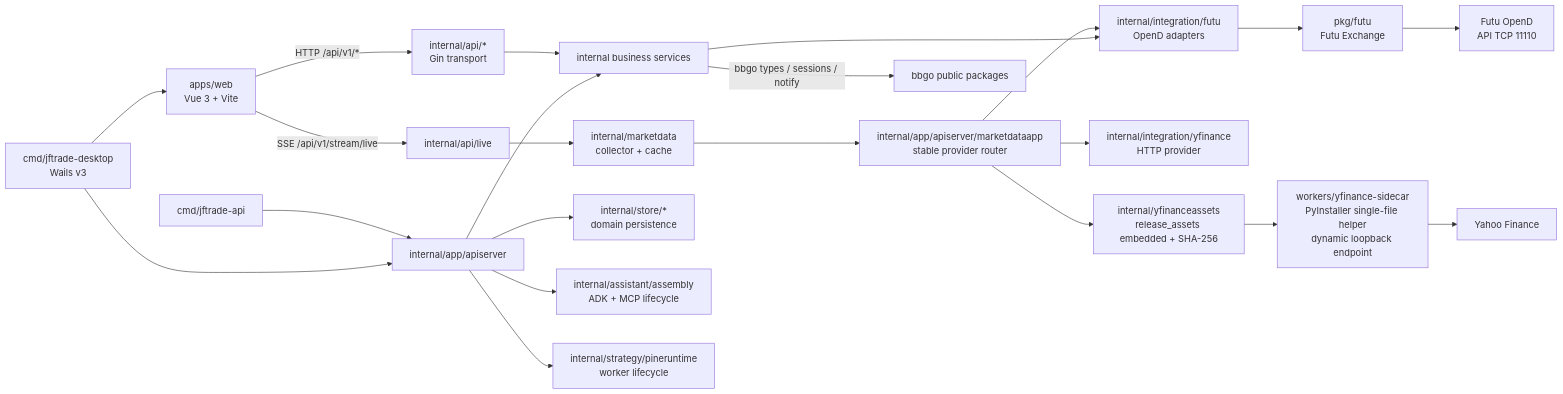
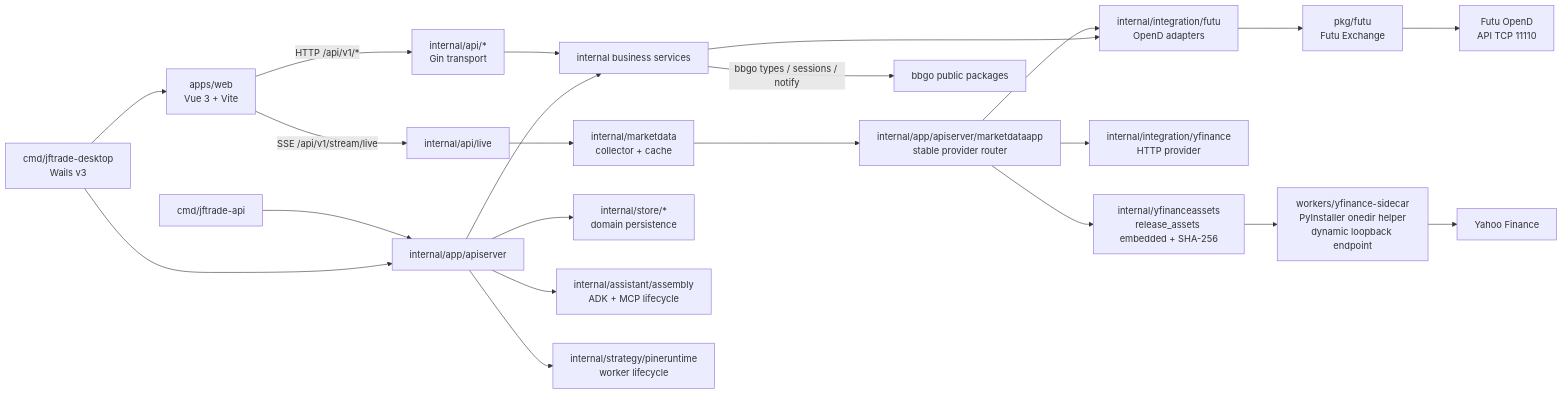
One commit to Dennishaha/JFTrade changed the diagram in docs/architecture.md. Above: the diagram before and after it, drawn with Mermaid. The commit also changed other lines of this file and 23 other files, not shown here.

Commit message:
perf: package yfinance sidecar as onedir

````diff
--- a/docs/architecture.md
+++ b/docs/architecture.md
@@ -23,25 +23,25 @@
 ```mermaid
 flowchart LR
     Web[apps/web\nVue 3 + Vite] -->|HTTP /api/v1/*| API[internal/api/*\nGin transport]
     Web -->|SSE /api/v1/stream/live| LiveAPI[internal/api/live]
     API --> Services[internal business services]
     LiveAPI --> MarketData[internal/marketdata\ncollector + cache]
     MarketData --> MarketDataRuntime[internal/app/apiserver/marketdataapp\nstable provider router]
     MarketDataRuntime --> FutuIntegration
     MarketDataRuntime --> YFinanceIntegration[internal/integration/yfinance\nHTTP provider]
     MarketDataRuntime --> YFinanceAssets[internal/yfinanceassets\nrelease_assets embedded + SHA-256]
-    YFinanceAssets --> YFinanceSidecar[workers/yfinance-sidecar\nPyInstaller single-file helper\ndynamic loopback endpoint]
+    YFinanceAssets --> YFinanceSidecar[workers/yfinance-sidecar\nPyInstaller onedir helper\ndynamic loopback endpoint]
     YFinanceSidecar --> Yahoo[Yahoo Finance]
     App --> Services
     App --> Stores[internal/store/*\ndomain persistence]
     App --> AssistantAssembly[internal/assistant/assembly\nADK + MCP lifecycle]
     App --> PineRuntime[internal/strategy/pineruntime\nworker lifecycle]
     Services --> FutuIntegration[internal/integration/futu\nOpenD adapters]
     FutuIntegration --> Futu[pkg/futu\nFutu Exchange]
     Futu --> OpenD[Futu OpenD\nAPI TCP 11110]
 
     CLI[cmd/jftrade-api] --> App[internal/app/apiserver]
     Desktop[cmd/jftrade-desktop\nWails v3] --> App
     Desktop --> Web
     Services -->|bbgo types / sessions / notify| BBGOPrimitives[bbgo public packages]
 ```
````
